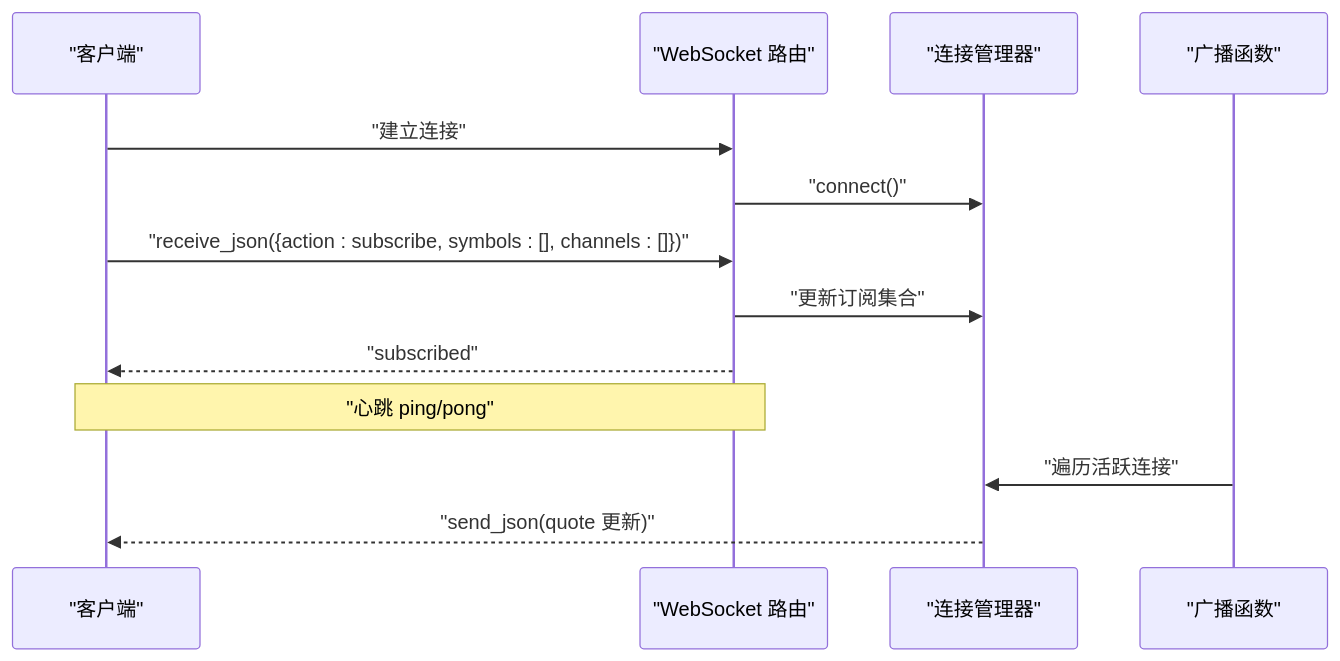
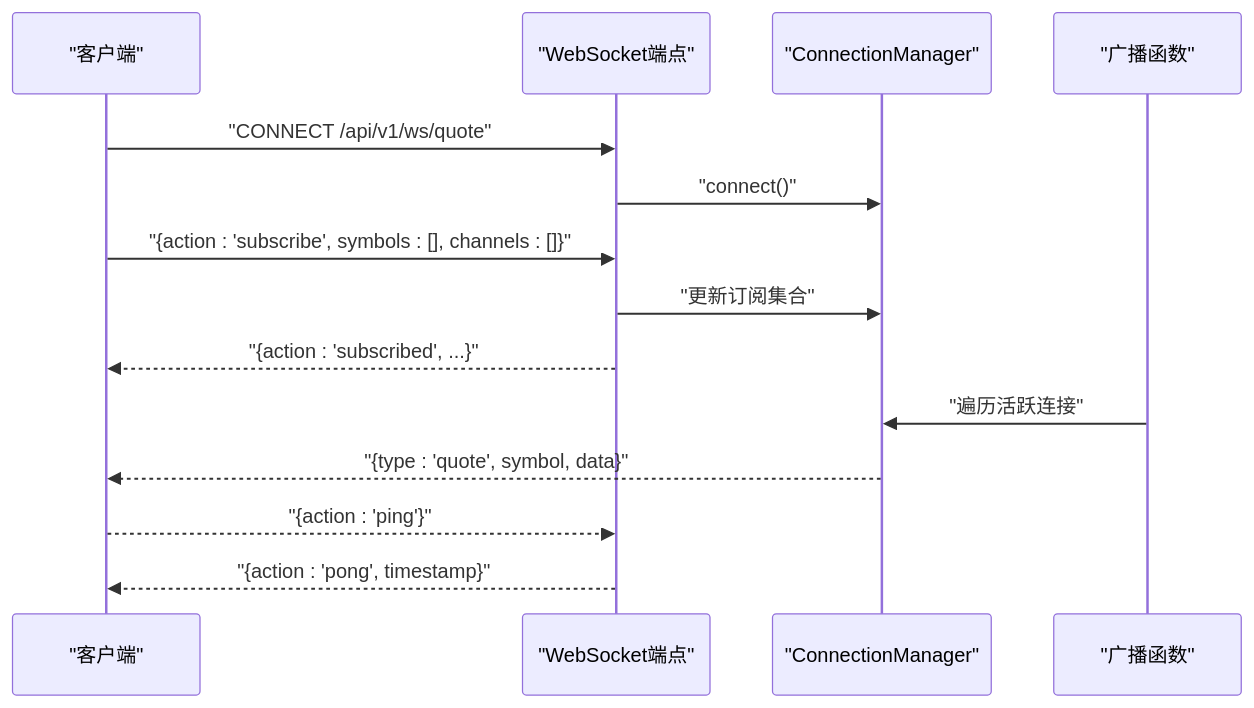
One commit to We3le7/stock-view changed the sixth of 7 diagrams in .qoder/repowiki/zh/content/后端开发/后端开发.md. Above: the diagram before and after it, drawn with Mermaid. The commit also changed other lines of this file and 142 other files, not shown here.

````diff
--- a/.qoder/repowiki/zh/content/后端开发/后端开发.md
+++ b/.qoder/repowiki/zh/content/后端开发/后端开发.md
@@ -381,15 +318,16 @@
 ```mermaid
 sequenceDiagram
-participant CL as "客户端"
-participant WS as "WebSocket 路由"
-participant CM as "连接管理器"
-participant PUB as "广播函数"
-CL->>WS : "建立连接"
+participant Client as "客户端"
+participant WS as "WebSocket端点"
+participant CM as "ConnectionManager"
+participant Pub as "广播函数"
+Client->>WS : "CONNECT /api/v1/ws/quote"
 WS->>CM : "connect()"
-CL->>WS : "receive_json({action : subscribe, symbols : [], channels : []})"
+Client->>WS : "{action : 'subscribe', symbols : [], channels : []}"
 WS->>CM : "更新订阅集合"
-WS-->>CL : "subscribed"
-note over CL,WS : "心跳 ping/pong"
-PUB->>CM : "遍历活跃连接"
-CM-->>CL : "send_json(quote 更新)"
+WS-->>Client : "{action : 'subscribed', ...}"
+Pub->>CM : "遍历活跃连接"
+CM-->>Client : "{type : 'quote', symbol, data}"
+Client-->>WS : "{action : 'ping'}"
+WS-->>Client : "{action : 'pong', timestamp}"
 ```
````
